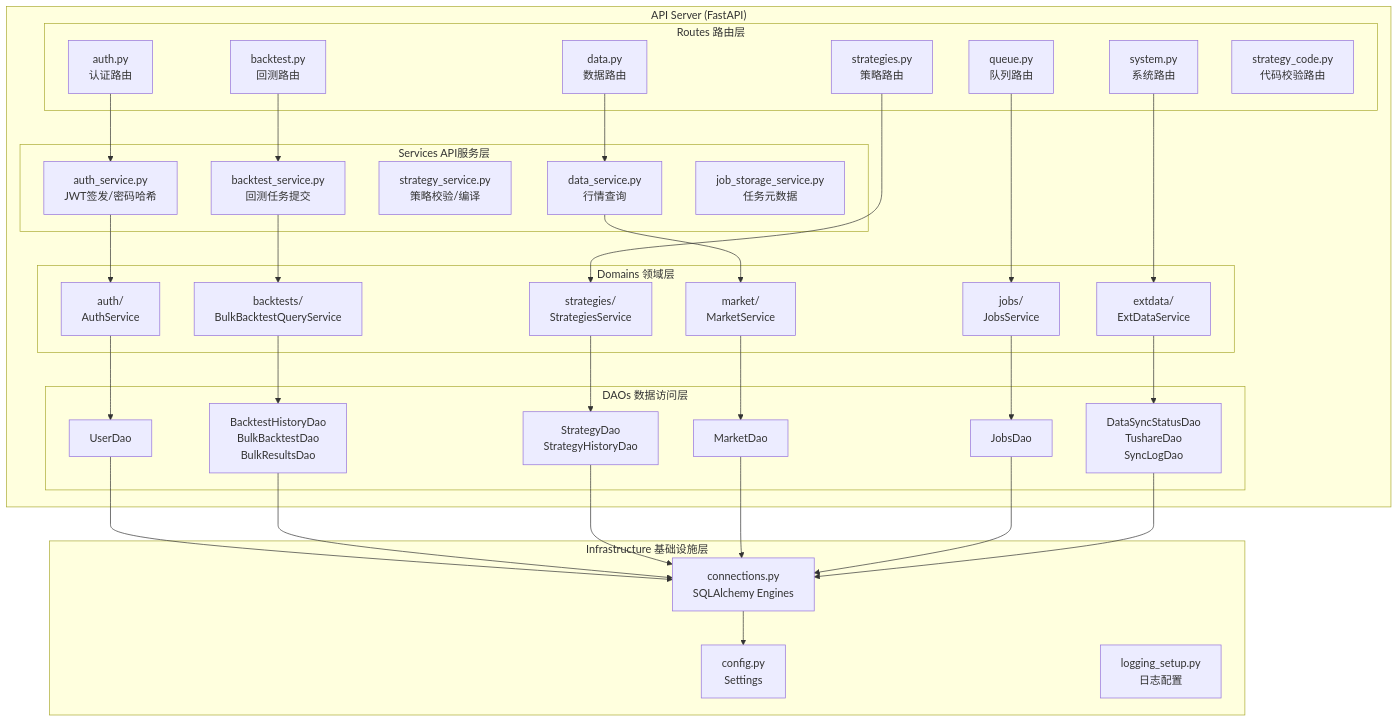
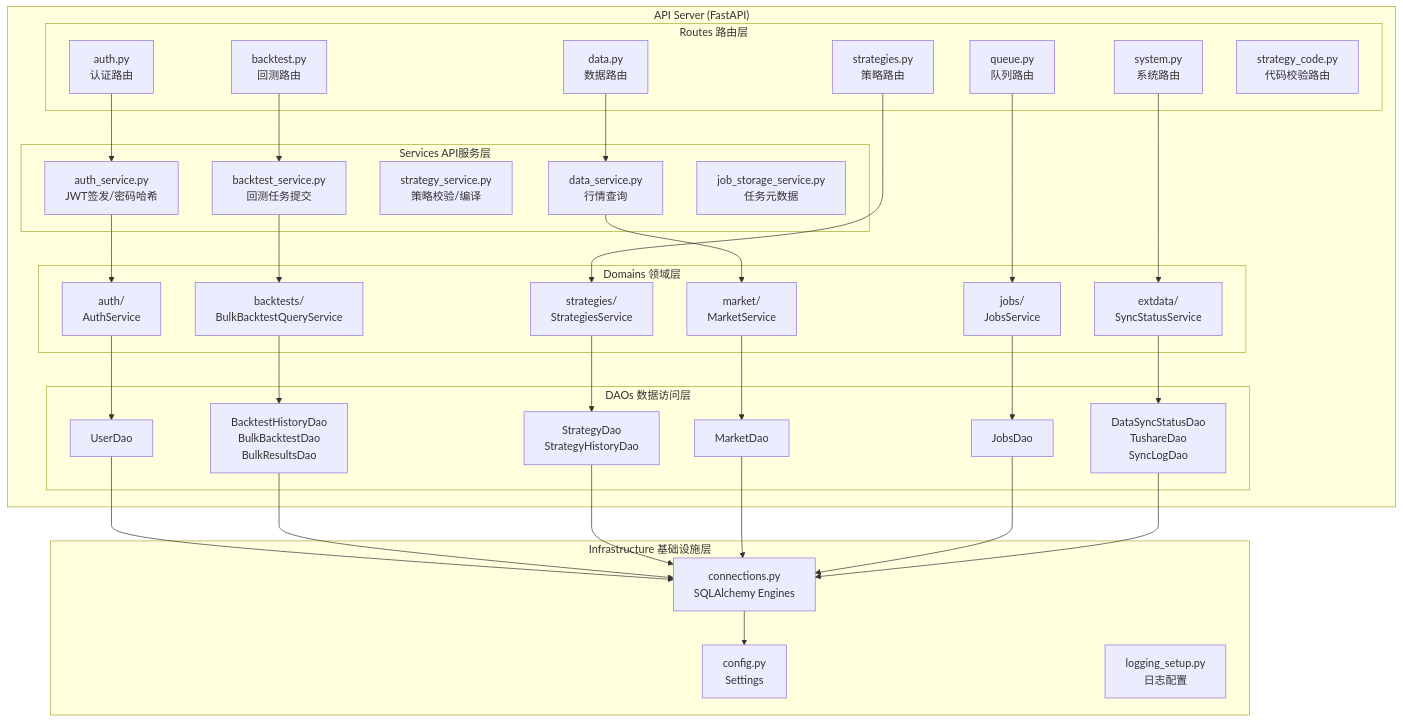
One commit to gitdshi/quantmate-docs changed the third of 24 diagrams in architecture/DETAILED_ARCHITECTURE.md. Above: the diagram before and after it, drawn with Mermaid. The commit also changed other lines of this file and 1 other file, not shown here.

````diff
--- a/architecture/DETAILED_ARCHITECTURE.md
+++ b/architecture/DETAILED_ARCHITECTURE.md
@@ -195,61 +195,61 @@
 ```mermaid
 graph TB
     subgraph "API Server (FastAPI)"
         subgraph "Routes 路由层"
             R_Auth["auth.py<br/>认证路由"]
             R_Strat["strategies.py<br/>策略路由"]
             R_BT["backtest.py<br/>回测路由"]
             R_Data["data.py<br/>数据路由"]
             R_Queue["queue.py<br/>队列路由"]
             R_Sys["system.py<br/>系统路由"]
             R_Code["strategy_code.py<br/>代码校验路由"]
         end
         
         subgraph "Services API服务层"
             S_Auth["auth_service.py<br/>JWT签发/密码哈希"]
             S_BT["backtest_service.py<br/>回测任务提交"]
             S_Strat["strategy_service.py<br/>策略校验/编译"]
             S_Data["data_service.py<br/>行情查询"]
             S_Job["job_storage_service.py<br/>任务元数据"]
         end
         
         subgraph "Domains 领域层"
             D_Auth["auth/<br/>AuthService"]
             D_BT["backtests/<br/>BulkBacktestQueryService"]
             D_Strat["strategies/<br/>StrategiesService"]
             D_Market["market/<br/>MarketService"]
             D_Jobs["jobs/<br/>JobsService"]
-            D_Ext["extdata/<br/>ExtDataService"]
+            D_Ext["extdata/<br/>SyncStatusService"]
         end
         
         subgraph "DAOs 数据访问层"
             DA_User["UserDao"]
             DA_BT["BacktestHistoryDao<br/>BulkBacktestDao<br/>BulkResultsDao"]
             DA_Strat["StrategyDao<br/>StrategyHistoryDao"]
             DA_Market["MarketDao"]
             DA_Jobs["JobsDao"]
             DA_Sync["DataSyncStatusDao<br/>TushareDao<br/>SyncLogDao"]
         end
     end
     
     subgraph "Infrastructure 基础设施层"
         Conf["config.py<br/>Settings"]
         DB["connections.py<br/>SQLAlchemy Engines"]
         Log["logging_setup.py<br/>日志配置"]
     end
     
     R_Auth --> S_Auth --> D_Auth --> DA_User
     R_Strat --> D_Strat --> DA_Strat
     R_BT --> S_BT --> D_BT --> DA_BT
     R_Data --> S_Data --> D_Market --> DA_Market
     R_Queue --> D_Jobs --> DA_Jobs
     R_Sys --> D_Ext --> DA_Sync
     
     DA_User --> DB
     DA_BT --> DB
     DA_Strat --> DB
     DA_Market --> DB
     DA_Jobs --> DB
     DA_Sync --> DB
     DB --> Conf
 ```
````
